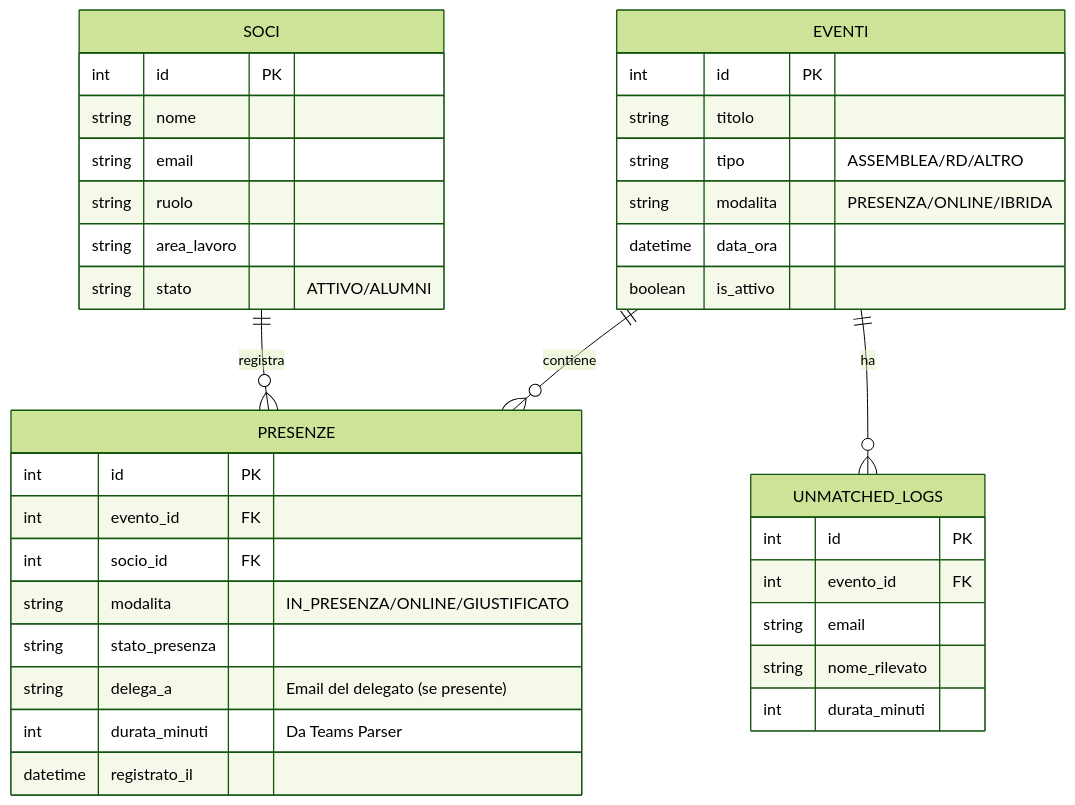
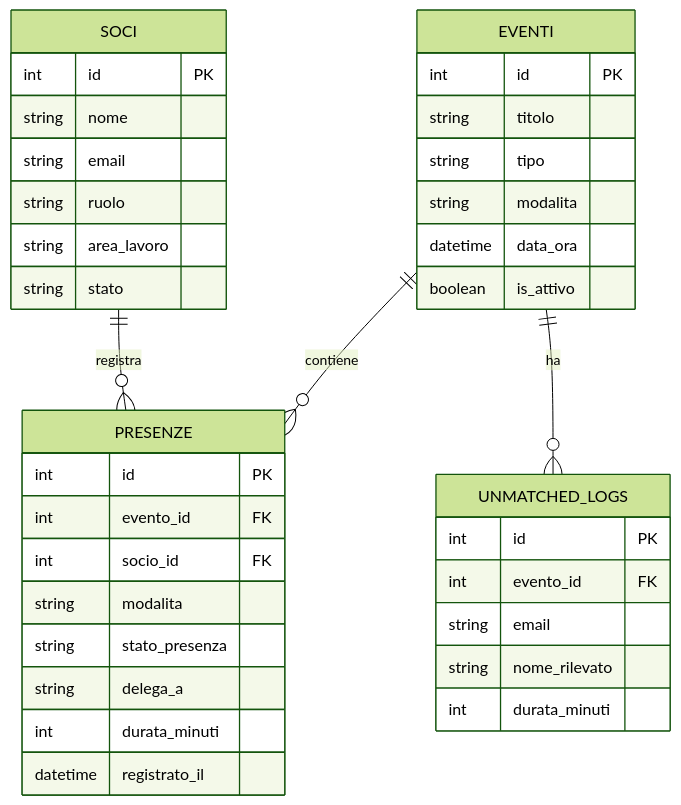
One commit to akeenjoee/Presente changed the diagram in README.md. Above: the diagram before and after it, drawn with Mermaid (forest theme).

Commit message:
fix(docs): remove unsupported string aliases from Mermaid ER diagram for better compatibility

````diff
--- a/README.md
+++ b/README.md
@@ -67,43 +67,43 @@
 ```mermaid
 erDiagram
     SOCI ||--o{ PRESENZE : registra
     EVENTI ||--o{ PRESENZE : contiene
     EVENTI ||--o{ UNMATCHED_LOGS : ha
 
     SOCI {
         int id PK
         string nome
         string email
         string ruolo
         string area_lavoro
-        string stato "ATTIVO/ALUMNI"
+        string stato
     }
 
     EVENTI {
         int id PK
         string titolo
-        string tipo "ASSEMBLEA/RD/ALTRO"
-        string modalita "PRESENZA/ONLINE/IBRIDA"
+        string tipo
+        string modalita
         datetime data_ora
         boolean is_attivo
     }
 
     PRESENZE {
         int id PK
         int evento_id FK
         int socio_id FK
-        string modalita "IN_PRESENZA/ONLINE/GIUSTIFICATO"
+        string modalita
         string stato_presenza
-        string delega_a "Email del delegato (se presente)"
-        int durata_minuti "Da Teams Parser"
+        string delega_a
+        int durata_minuti
         datetime registrato_il
     }
 
     UNMATCHED_LOGS {
         int id PK
         int evento_id FK
         string email
         string nome_rilevato
         int durata_minuti
     }
 ```
````
